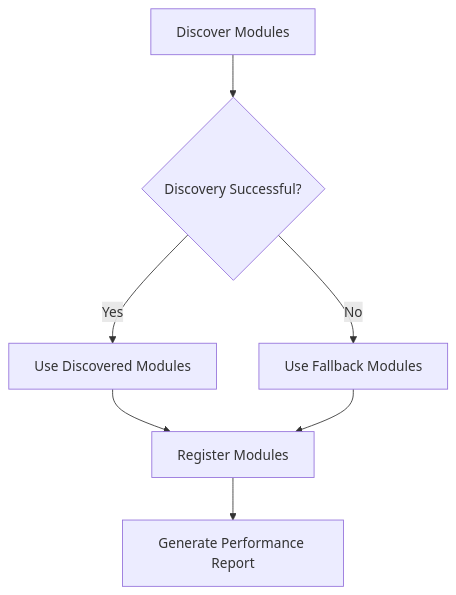
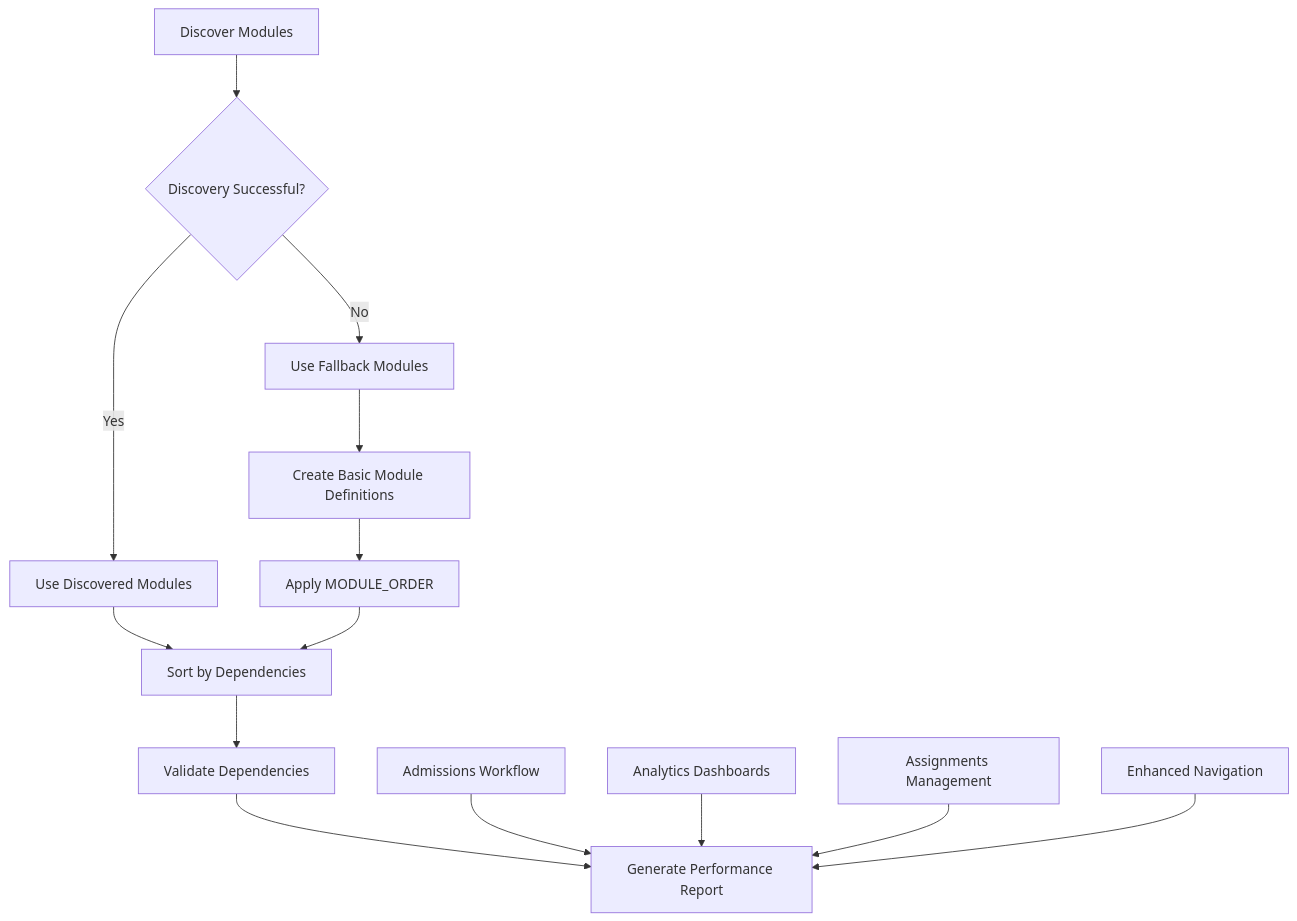
The seventh of 8 diagrams in .qoder/repowiki/en/content/Architecture Overview/Modular Architecture/Module System Overview/Dynamic Module Loading.md (geniusdynamics/schoolpilot), drawn with Mermaid before and after one commit. The commit also changed other lines of this file and 760 other files, not shown here.

````diff
--- a/.qoder/repowiki/en/content/Architecture Overview/Modular Architecture/Module System Overview/Dynamic Module Loading.md
+++ b/.qoder/repowiki/en/content/Architecture Overview/Modular Architecture/Module System Overview/Dynamic Module Loading.md
@@ -299,9 +619,16 @@
 ```mermaid
 flowchart TD
 A[Discover Modules] --> B{Discovery Successful?}
 B --> |Yes| C[Use Discovered Modules]
 B --> |No| D[Use Fallback Modules]
-C --> E[Register Modules]
-D --> E
-E --> F[Generate Performance Report]
+C --> E[Sort by Dependencies]
+D --> F[Create Basic Module Definitions]
+F --> G[Apply MODULE_ORDER]
+G --> E
+E --> H[Validate Dependencies]
+H --> I[Generate Performance Report]
+J[Admissions Workflow] --> I
+K[Analytics Dashboards] --> I
+L[Assignments Management] --> I
+M[Enhanced Navigation] --> I
 ```
````
